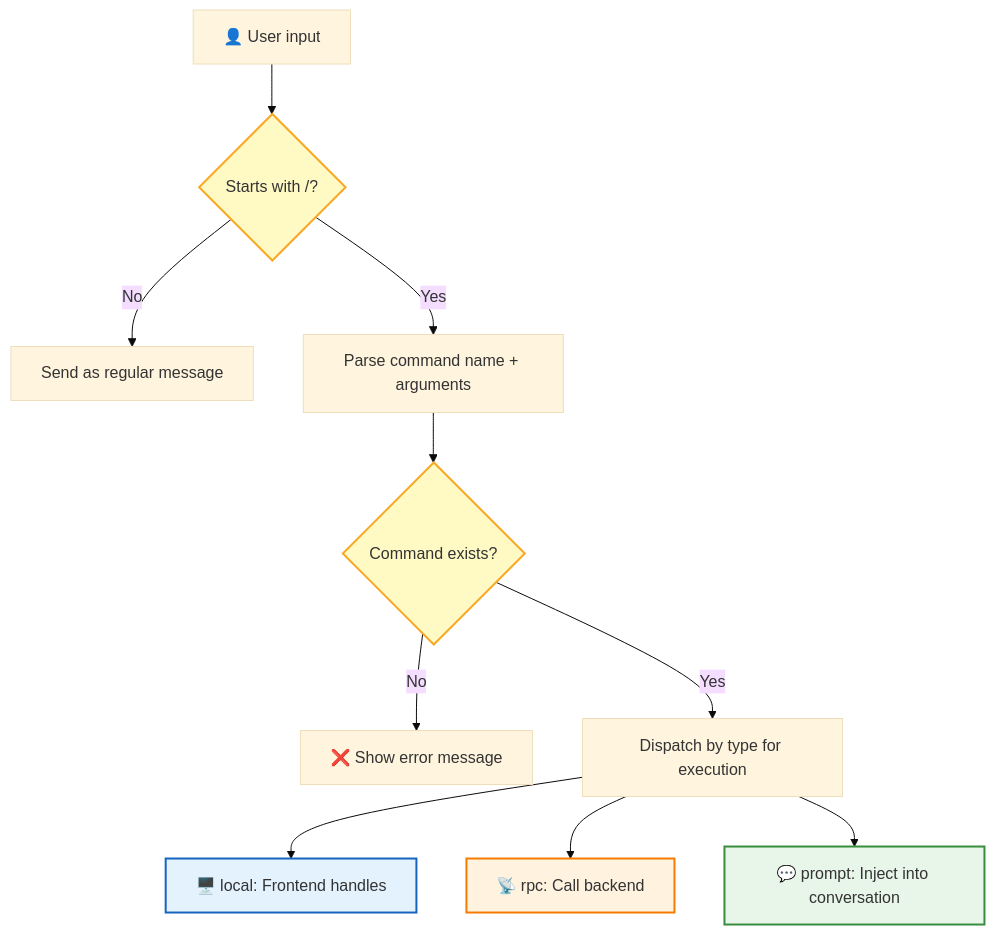
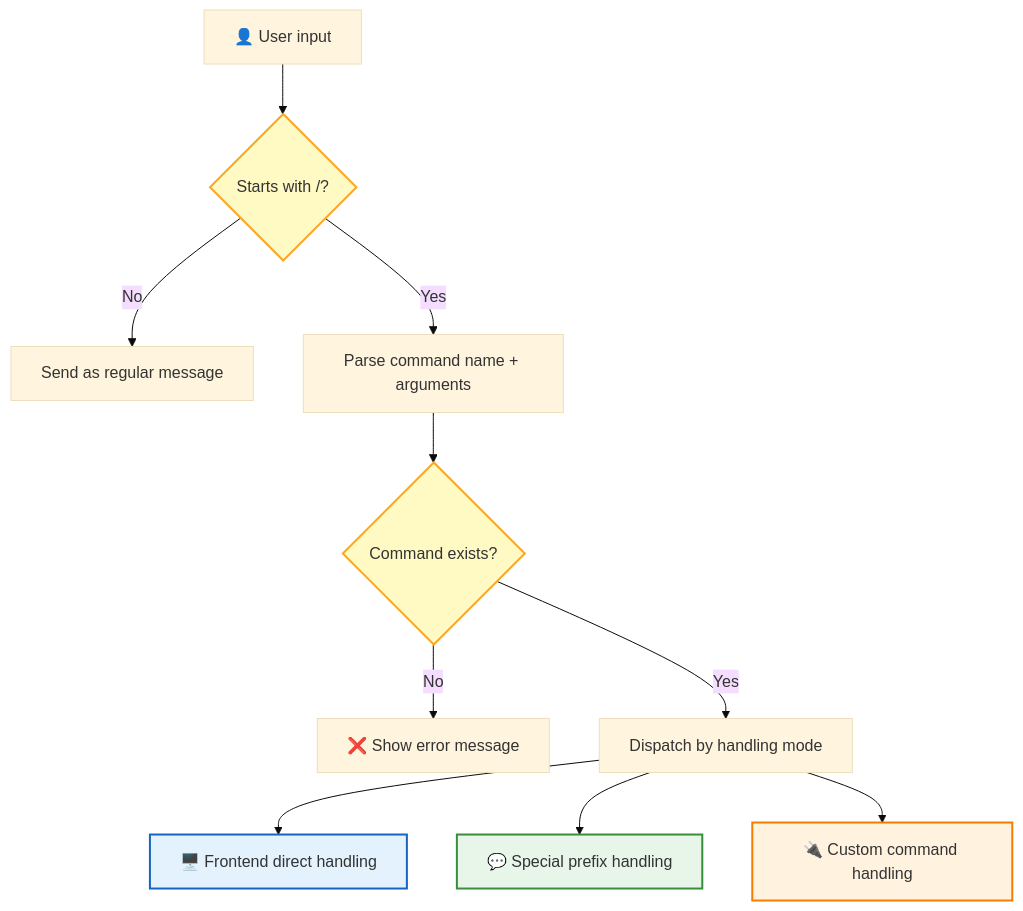
Before and after one commit to rtc-agent/docs: the second of 5 diagrams in src/content/docs/en/features/commands.md, drawn with Mermaid (base theme). The commit also changed other lines of this file and 60 other files, not shown here.

First line of the commit message:
docs(site): refresh documentation with new sections and improved diagrams

````diff
--- a/src/content/docs/en/features/commands.md
+++ b/src/content/docs/en/features/commands.md
@@ -38,18 +45,18 @@
 ```mermaid
 flowchart TD
     A["👤 User input"] --> B{"Starts with /?"}
     B -->|"No"| C["Send as regular message"]
     B -->|"Yes"| D["Parse command name + arguments"]
     D --> E{"Command exists?"}
     E -->|"No"| F["❌ Show error message"]
-    E -->|"Yes"| G["Dispatch by type for execution"]
-    G --> H["🖥️ local: Frontend handles"]
-    G --> I["📡 rpc: Call backend"]
-    G --> J["💬 prompt: Inject into conversation"]
+    E -->|"Yes"| G["Dispatch by handling mode"]
+    G --> H["🖥️ Frontend direct handling"]
+    G --> I["💬 Special prefix handling"]
+    G --> J["🔌 Custom command handling"]
 
     style B fill:#fff9c4,stroke:#f9a825,stroke-width:2px
     style E fill:#fff9c4,stroke:#f9a825,stroke-width:2px
     style H fill:#e3f2fd,stroke:#1565c0,stroke-width:2px
-    style I fill:#fff3e0,stroke:#f57c00,stroke-width:2px
-    style J fill:#e8f5e9,stroke:#388e3c,stroke-width:2px
+    style I fill:#e8f5e9,stroke:#388e3c,stroke-width:2px
+    style J fill:#fff3e0,stroke:#f57c00,stroke-width:2px
 ```
````
